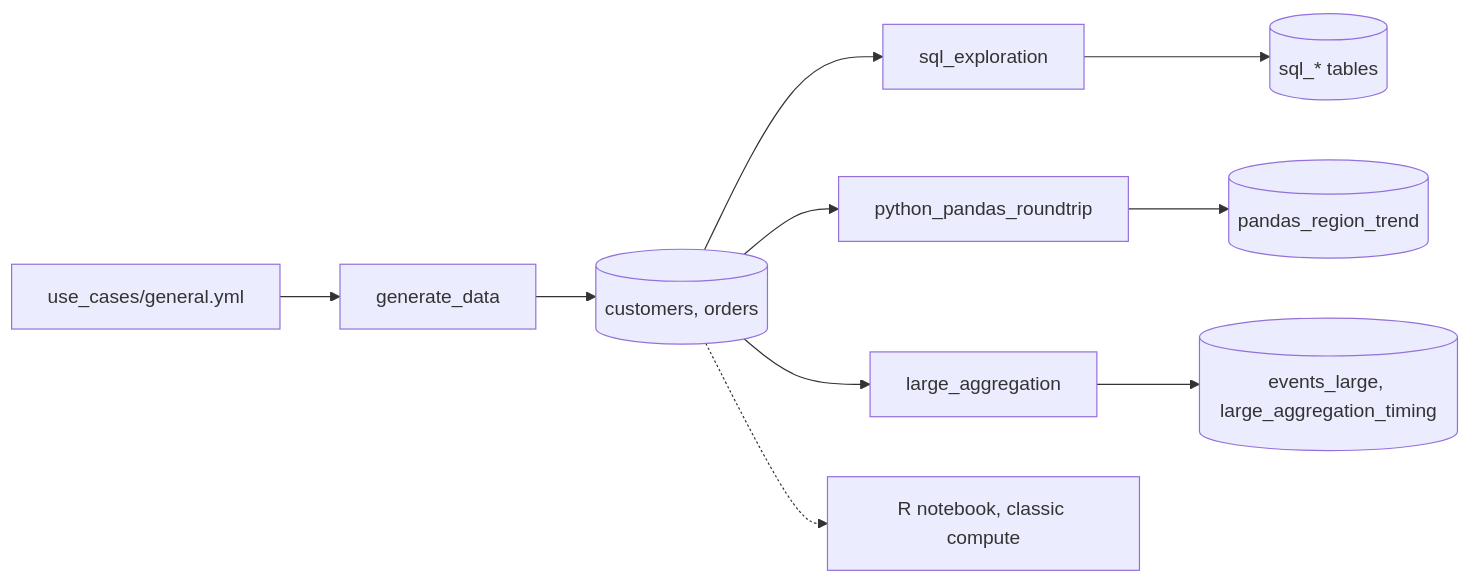
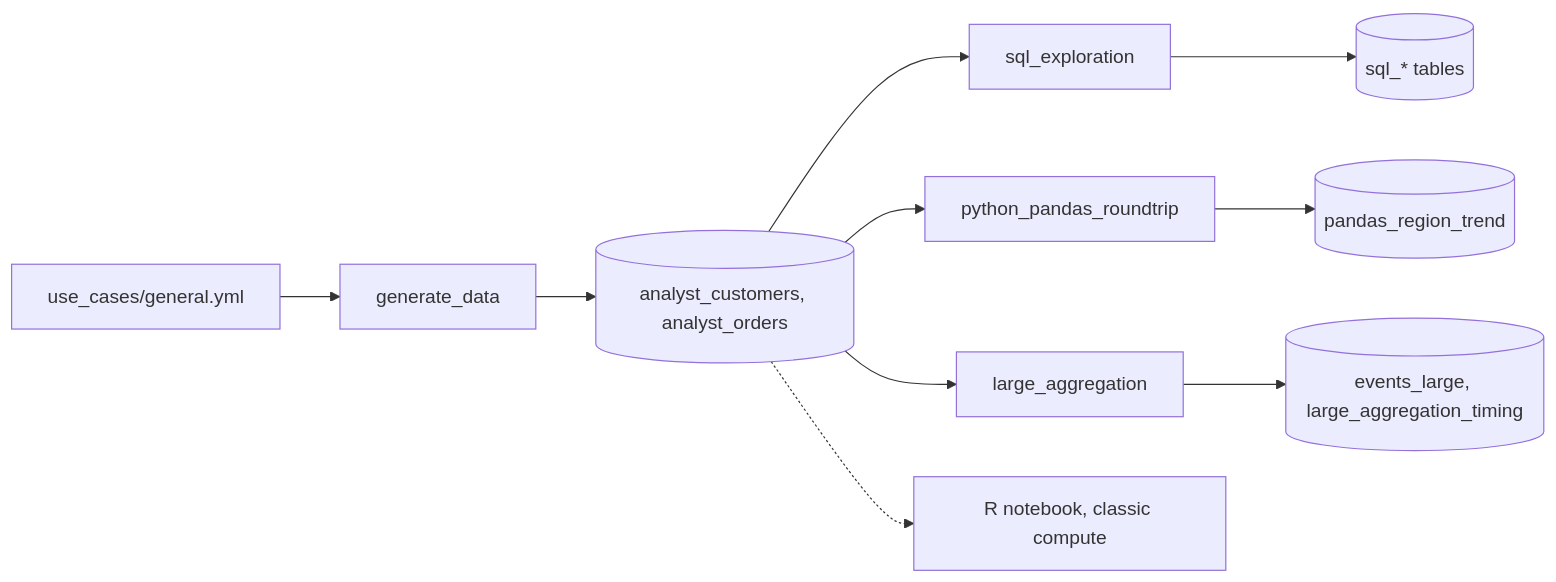
One commit to pengbricks/pengbricks-app-capabilities-walkthrough changed the diagram in reference/analyst/guides/sql-notebook-analysis.md. Above: the diagram before and after it, drawn with Mermaid. The commit also changed 207 other files, not shown here.

First line of the commit message:
Move every reference bundle to one shared schema

````diff
--- a/reference/analyst/guides/sql-notebook-analysis.md
+++ b/reference/analyst/guides/sql-notebook-analysis.md
@@ -18,12 +18,12 @@
 ```mermaid
 flowchart LR
   spec[use_cases/general.yml] --> gen[generate_data]
-  gen --> base[(customers, orders)]
+  gen --> base[(analyst_customers, analyst_orders)]
   base --> sql[sql_exploration]
   base --> py[python_pandas_roundtrip]
   base --> big[large_aggregation]
   sql --> t1[(sql_* tables)]
   py --> t2[(pandas_region_trend)]
   big --> t3[(events_large, large_aggregation_timing)]
   base -.-> r[R notebook, classic compute]
 ```
````
